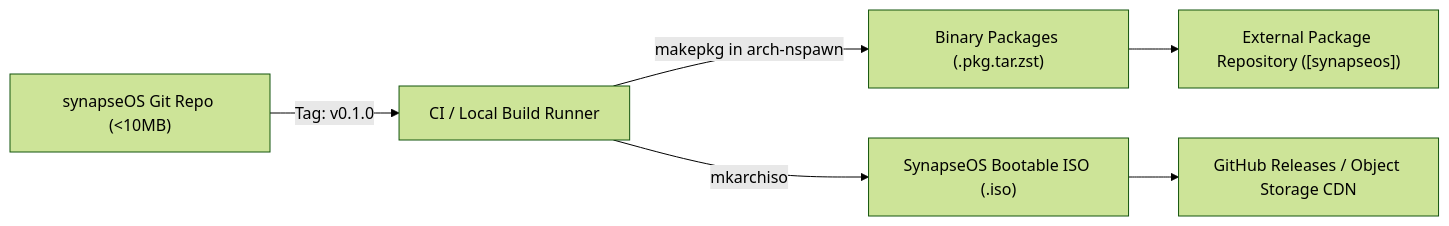
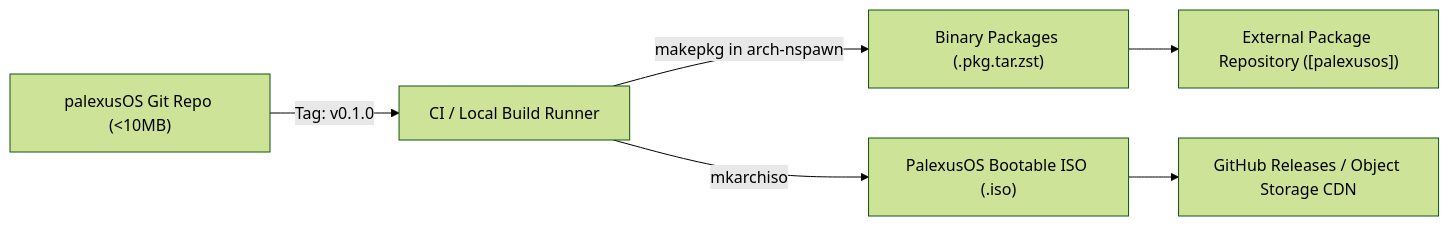
The diagram in docs/GIT_REPO_STRATEGY.md (earnerbaymalay/palexusOS), drawn with Mermaid (forest theme) before and after one commit. The commit also changed other lines of this file and 21 other files, not shown here.

````diff
--- a/docs/GIT_REPO_STRATEGY.md
+++ b/docs/GIT_REPO_STRATEGY.md
@@ -61,8 +64,8 @@
 ```mermaid
 flowchart LR
-    REPO["synapseOS Git Repo (<10MB)"] -->|Tag: v0.1.0| CI["CI / Local Build Runner"]
+    REPO["palexusOS Git Repo (<10MB)"] -->|Tag: v0.1.0| CI["CI / Local Build Runner"]
     CI -->|makepkg in arch-nspawn| PKG["Binary Packages (.pkg.tar.zst)"]
-    CI -->|mkarchiso| ISO["SynapseOS Bootable ISO (.iso)"]
-    PKG --> R2["External Package Repository ([synapseos])"]
+    CI -->|mkarchiso| ISO["PalexusOS Bootable ISO (.iso)"]
+    PKG --> R2["External Package Repository ([palexusos])"]
     ISO --> GH["GitHub Releases / Object Storage CDN"]
 ```
````
